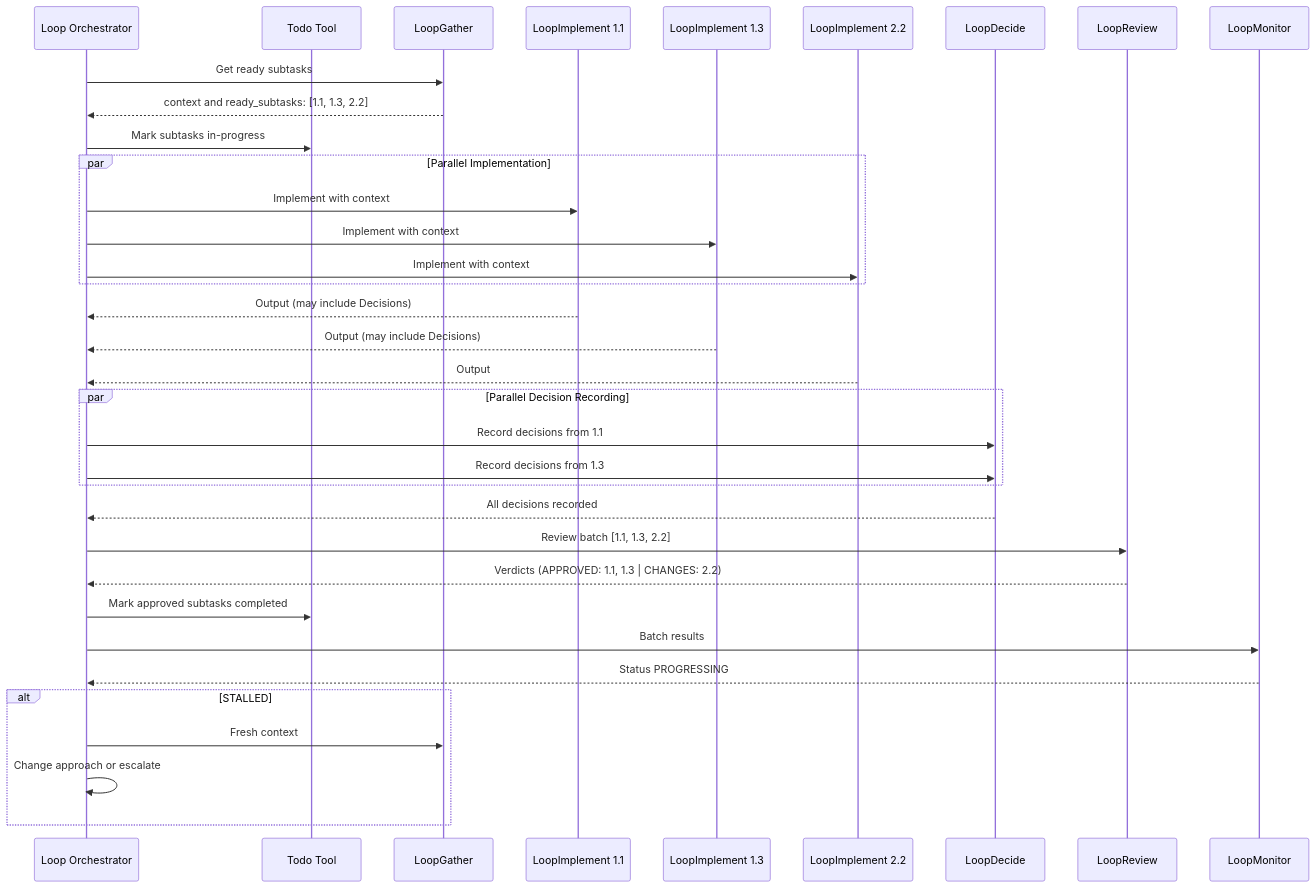
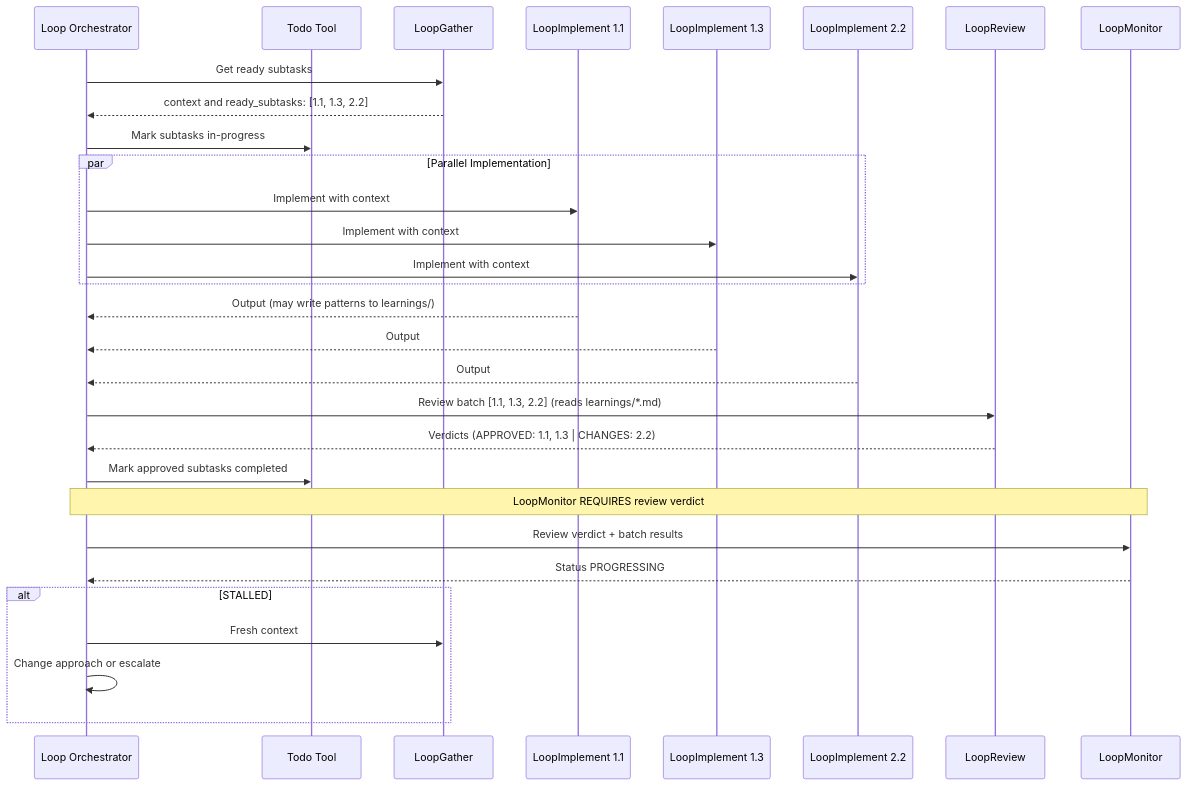
Before and after one commit to digitarald/loop-agent: the third of 4 diagrams in README.md, drawn with Mermaid. The commit also changed other lines of this file and 10 other files, not shown here.

Commit message:
Refactor agent prompts: remove decide phase, enhance review/plan/implement instructions

````diff
--- a/README.md
+++ b/README.md
@@ -163,47 +155,40 @@
 ```mermaid
 sequenceDiagram
     participant Orch as Loop Orchestrator
     participant Todo as Todo Tool
     participant LoopGather
     participant LI1 as LoopImplement 1.1
     participant LI2 as LoopImplement 1.3
     participant LI3 as LoopImplement 2.2
-    participant LoopDecide
     participant LoopReview
     participant LoopMonitor
     
     Orch->>LoopGather: Get ready subtasks
     LoopGather-->>Orch: context and ready_subtasks: [1.1, 1.3, 2.2]
     
     Orch->>Todo: Mark subtasks in-progress
     
     par Parallel Implementation
         Orch->>LI1: Implement with context
         Orch->>LI2: Implement with context
         Orch->>LI3: Implement with context
     end
     
-    LI1-->>Orch: Output (may include Decisions)
-    LI2-->>Orch: Output (may include Decisions)
+    LI1-->>Orch: Output (may write patterns to learnings/)
+    LI2-->>Orch: Output
     LI3-->>Orch: Output
     
-    par Parallel Decision Recording
-        Orch->>LoopDecide: Record decisions from 1.1
-        Orch->>LoopDecide: Record decisions from 1.3
-    end
-    
-    LoopDecide-->>Orch: All decisions recorded
-    
-    Orch->>LoopReview: Review batch [1.1, 1.3, 2.2]
+    Orch->>LoopReview: Review batch [1.1, 1.3, 2.2] (reads learnings/*.md)
     LoopReview-->>Orch: Verdicts (APPROVED: 1.1, 1.3 | CHANGES: 2.2)
     
     Orch->>Todo: Mark approved subtasks completed
     
-    Orch->>LoopMonitor: Batch results
+    Note over Orch,LoopMonitor: LoopMonitor REQUIRES review verdict
+    Orch->>LoopMonitor: Review verdict + batch results
     LoopMonitor-->>Orch: Status PROGRESSING
     
     alt STALLED
         Orch->>LoopGather: Fresh context
         Orch->>Orch: Change approach or escalate
     end
 ```
````
